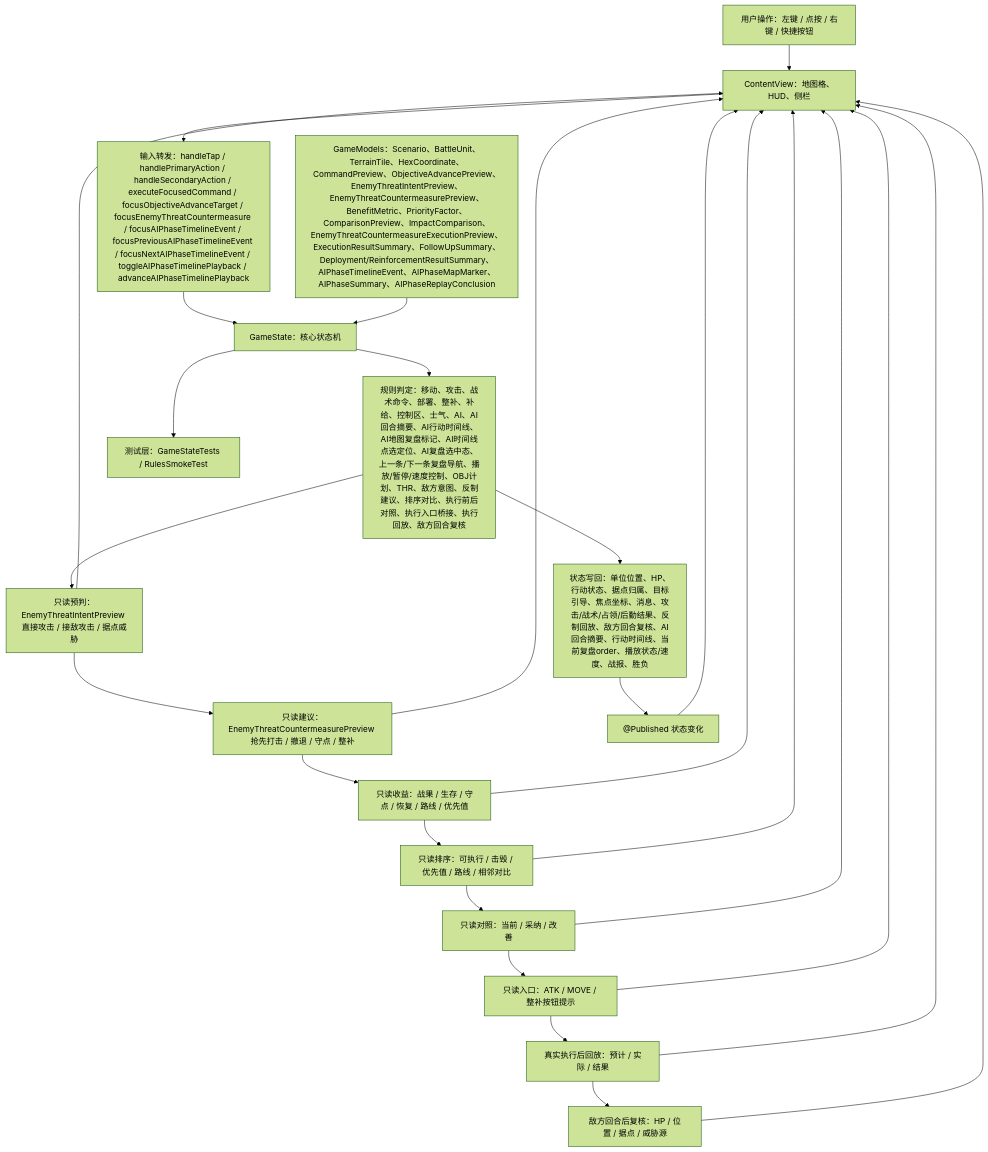
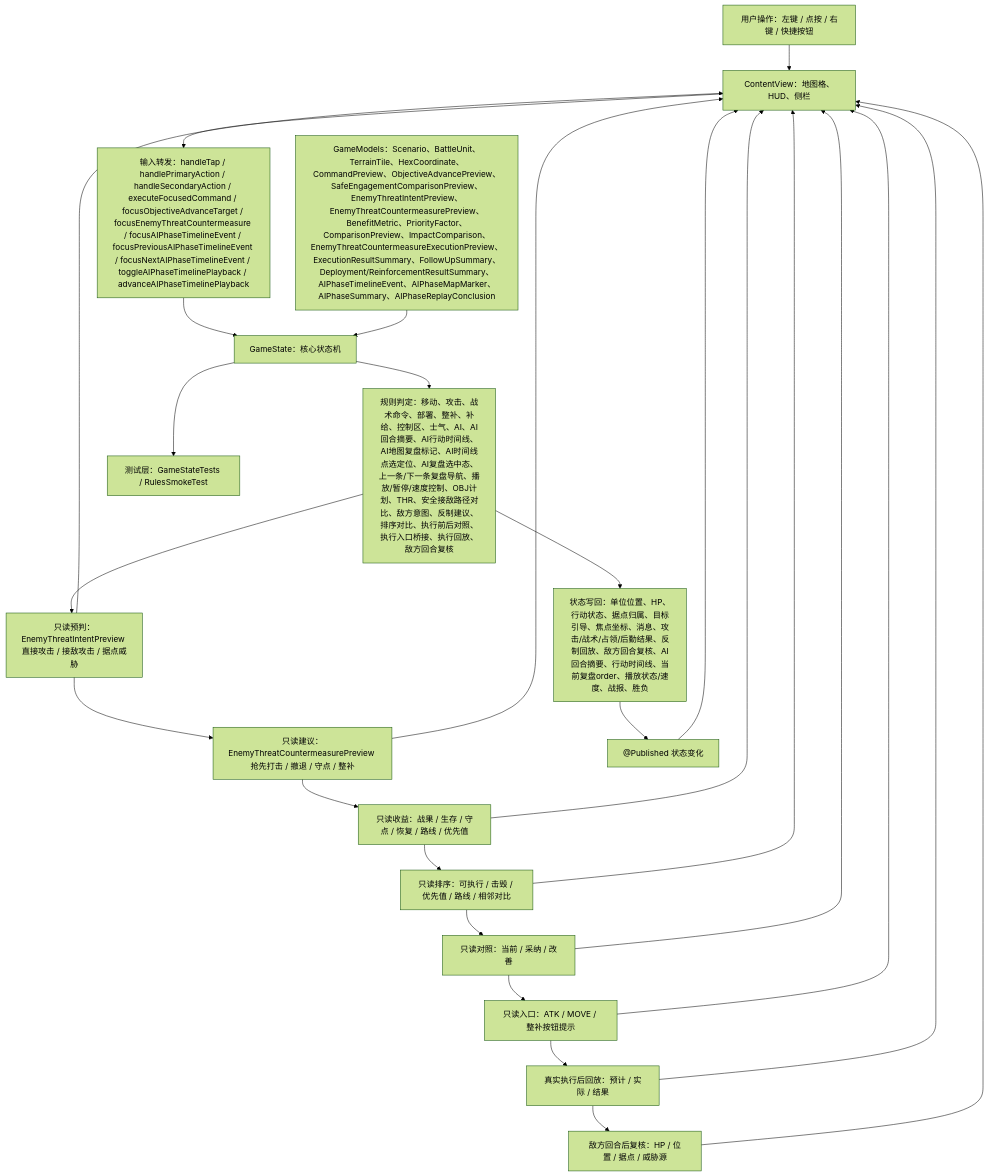
The first of 5 diagrams in md/flow/flowchart.md (Altman-sam114/116), drawn with Mermaid (forest theme) before and after one commit. The commit also changed other lines of this file and 11 other files, not shown here.

````diff
--- a/md/flow/flowchart.md
+++ b/md/flow/flowchart.md
@@ -9,28 +9,28 @@
 ```mermaid
 flowchart TD
   U["用户操作：左键 / 点按 / 右键 / 快捷按钮"] --> V["ContentView：地图格、HUD、侧栏"]
   V --> I["输入转发：handleTap / handlePrimaryAction / handleSecondaryAction / executeFocusedCommand / focusObjectiveAdvanceTarget / focusEnemyThreatCountermeasure / focusAIPhaseTimelineEvent / focusPreviousAIPhaseTimelineEvent / focusNextAIPhaseTimelineEvent / toggleAIPhaseTimelinePlayback / advanceAIPhaseTimelinePlayback"]
   I --> S["GameState：核心状态机"]
-  M["GameModels：Scenario、BattleUnit、TerrainTile、HexCoordinate、CommandPreview、ObjectiveAdvancePreview、EnemyThreatIntentPreview、EnemyThreatCountermeasurePreview、BenefitMetric、PriorityFactor、ComparisonPreview、ImpactComparison、EnemyThreatCountermeasureExecutionPreview、ExecutionResultSummary、FollowUpSummary、Deployment/ReinforcementResultSummary、AIPhaseTimelineEvent、AIPhaseMapMarker、AIPhaseSummary、AIPhaseReplayConclusion"] --> S
-  S --> R["规则判定：移动、攻击、战术命令、部署、整补、补给、控制区、士气、AI、AI回合摘要、AI行动时间线、AI地图复盘标记、AI时间线点选定位、AI复盘选中态、上一条/下一条复盘导航、播放/暂停/速度控制、OBJ计划、THR、敌方意图、反制建议、排序对比、执行前后对照、执行入口桥接、执行回放、敌方回合复核"]
+  M["GameModels：Scenario、BattleUnit、TerrainTile、HexCoordinate、CommandPreview、ObjectiveAdvancePreview、SafeEngagementComparisonPreview、EnemyThreatIntentPreview、EnemyThreatCountermeasurePreview、BenefitMetric、PriorityFactor、ComparisonPreview、ImpactComparison、EnemyThreatCountermeasureExecutionPreview、ExecutionResultSummary、FollowUpSummary、Deployment/ReinforcementResultSummary、AIPhaseTimelineEvent、AIPhaseMapMarker、AIPhaseSummary、AIPhaseReplayConclusion"] --> S
+  S --> R["规则判定：移动、攻击、战术命令、部署、整补、补给、控制区、士气、AI、AI回合摘要、AI行动时间线、AI地图复盘标记、AI时间线点选定位、AI复盘选中态、上一条/下一条复盘导航、播放/暂停/速度控制、OBJ计划、THR、安全接敌路径对比、敌方意图、反制建议、排序对比、执行前后对照、执行入口桥接、执行回放、敌方回合复核"]
   R --> W["状态写回：单位位置、HP、行动状态、据点归属、目标引导、焦点坐标、消息、攻击/战术/占领/后勤结果、反制回放、敌方回合复核、AI回合摘要、行动时间线、当前复盘order、播放状态/速度、战报、胜负"]
   R --> EI["只读预判：EnemyThreatIntentPreview 直接攻击 / 接敌攻击 / 据点威胁"]
   EI --> EC["只读建议：EnemyThreatCountermeasurePreview 抢先打击 / 撤退 / 守点 / 整补"]
   EC --> BM["只读收益：战果 / 生存 / 守点 / 恢复 / 路线 / 优先值"]
   BM --> PC["只读排序：可执行 / 击毁 / 优先值 / 路线 / 相邻对比"]
   PC --> IP["只读对照：当前 / 采纳 / 改善"]
   IP --> EB["只读入口：ATK / MOVE / 整补按钮提示"]
   EB --> XR["真实执行后回放：预计 / 实际 / 结果"]
   XR --> FV["敌方回合后复核：HP / 位置 / 据点 / 威胁源"]
   W --> P["@Published 状态变化"]
   P --> V
   EI --> V
   EC --> V
   BM --> V
   PC --> V
   IP --> V
   EB --> V
   XR --> V
   FV --> V
   S --> T["测试层：GameStateTests / RulesSmokeTest"]
 ```
````
